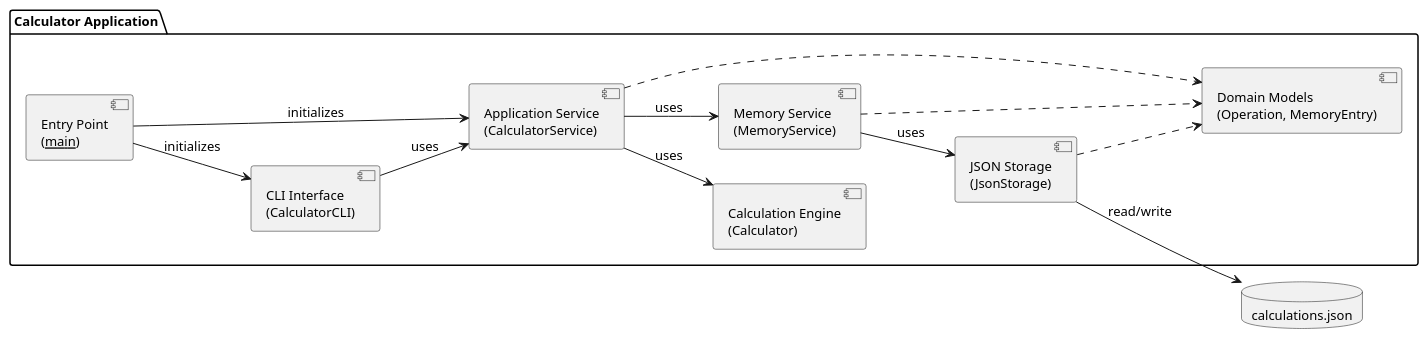
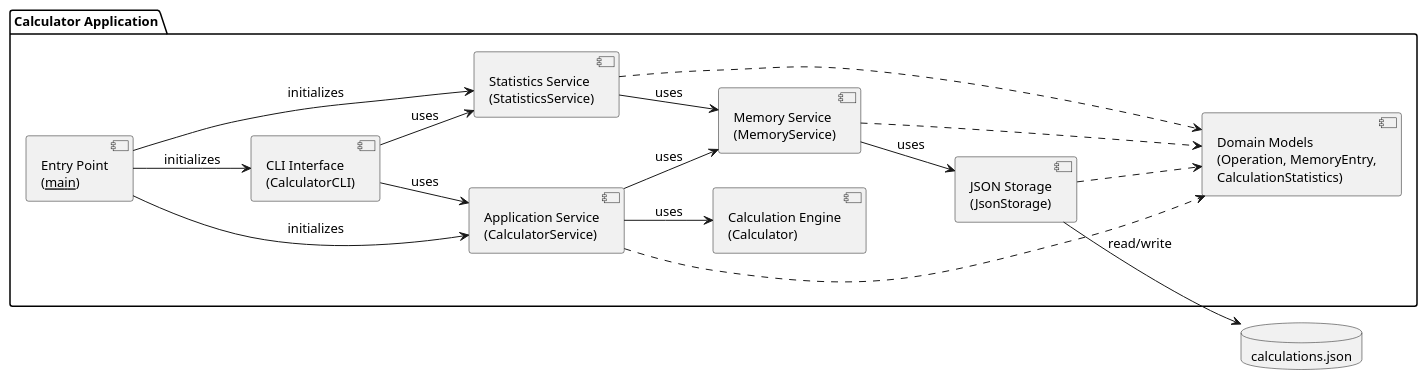
The diagram in experiments/pipeline/user_stories/calculator/artifacts/component_diagram.puml (DanielRiha8906/Software_autoevolution_using_agents), drawn with PlantUML before and after one commit. The commit also changed 17 other files, not shown here.

```diff
--- a/experiments/pipeline/user_stories/calculator/artifacts/component_diagram.puml
+++ b/experiments/pipeline/user_stories/calculator/artifacts/component_diagram.puml
@@ -1,34 +1,39 @@
 @startuml component_diagram
 
 skinparam componentStyle uml2
 skinparam defaultFontSize 13
 left to right direction
 
 package "Calculator Application" {
 
     component "Entry Point\n(__main__)" as Main
     component "CLI Interface\n(CalculatorCLI)" as CLI
     component "Application Service\n(CalculatorService)" as Service
+    component "Statistics Service\n(StatisticsService)" as Statistics
     component "Calculation Engine\n(Calculator)" as Calc
     component "Memory Service\n(MemoryService)" as Memory
     component "JSON Storage\n(JsonStorage)" as Store
-    component "Domain Models\n(Operation, MemoryEntry)" as Models
+    component "Domain Models\n(Operation, MemoryEntry,\nCalculationStatistics)" as Models
 
     Main --> CLI : initializes
     Main --> Service : initializes
+    Main --> Statistics : initializes
 
     CLI --> Service : uses
+    CLI --> Statistics : uses
     Service --> Calc : uses
     Service --> Memory : uses
+    Statistics --> Memory : uses
     Memory --> Store : uses
 
     Service ..> Models
+    Statistics ..> Models
     Memory ..> Models
     Store ..> Models
 }
 
 database "calculations.json" as DB
 
 Store --> DB : read/write
 
 @enduml
```
